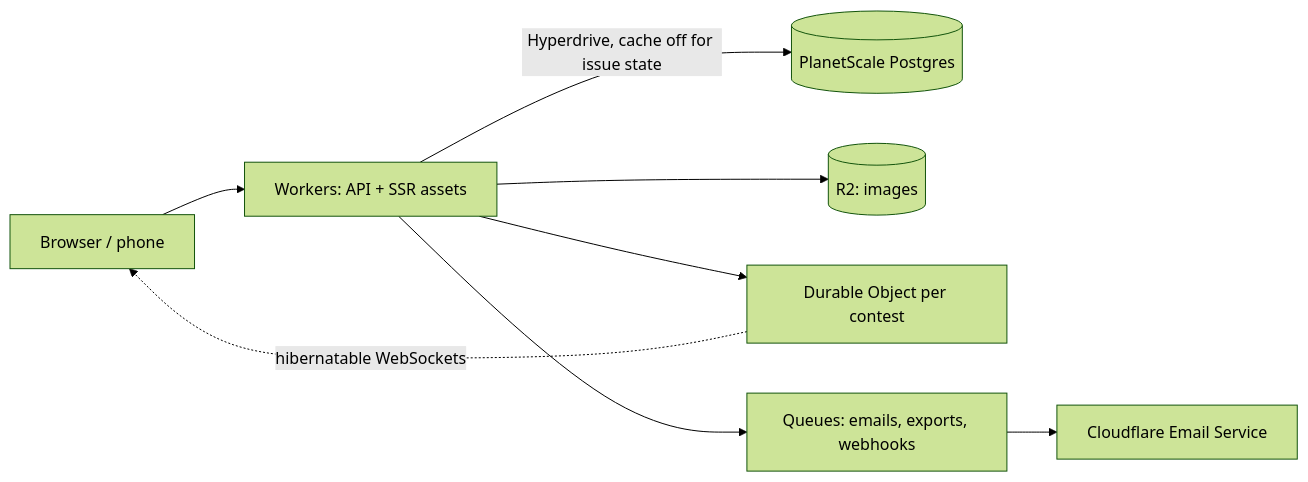
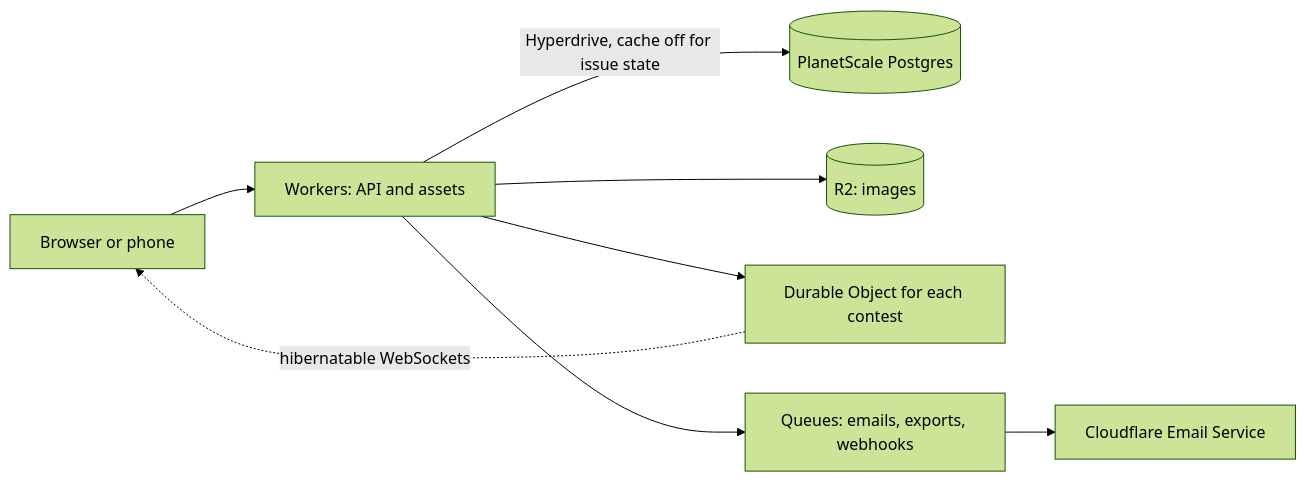
The diagram in ROADMAP.md (icaic-official/contest-support), drawn with Mermaid (forest theme) before and after one commit. The commit also changed other lines of this file and 63 other files, not shown here.

````diff
--- a/ROADMAP.md
+++ b/ROADMAP.md
@@ -30,10 +36,10 @@
 ```mermaid
 flowchart LR
-  U[Browser / phone] --> W[Workers: API + SSR assets]
+  U[Browser or phone] --> W[Workers: API and assets]
   W -->|Hyperdrive, cache off for issue state| PG[(PlanetScale Postgres)]
   W --> R2[(R2: images)]
-  W --> DO[Durable Object per contest]
+  W --> DO[Durable Object for each contest]
   DO -.->|hibernatable WebSockets| U
   W --> Q[Queues: emails, exports, webhooks]
   Q --> M[Cloudflare Email Service]
 ```
````
